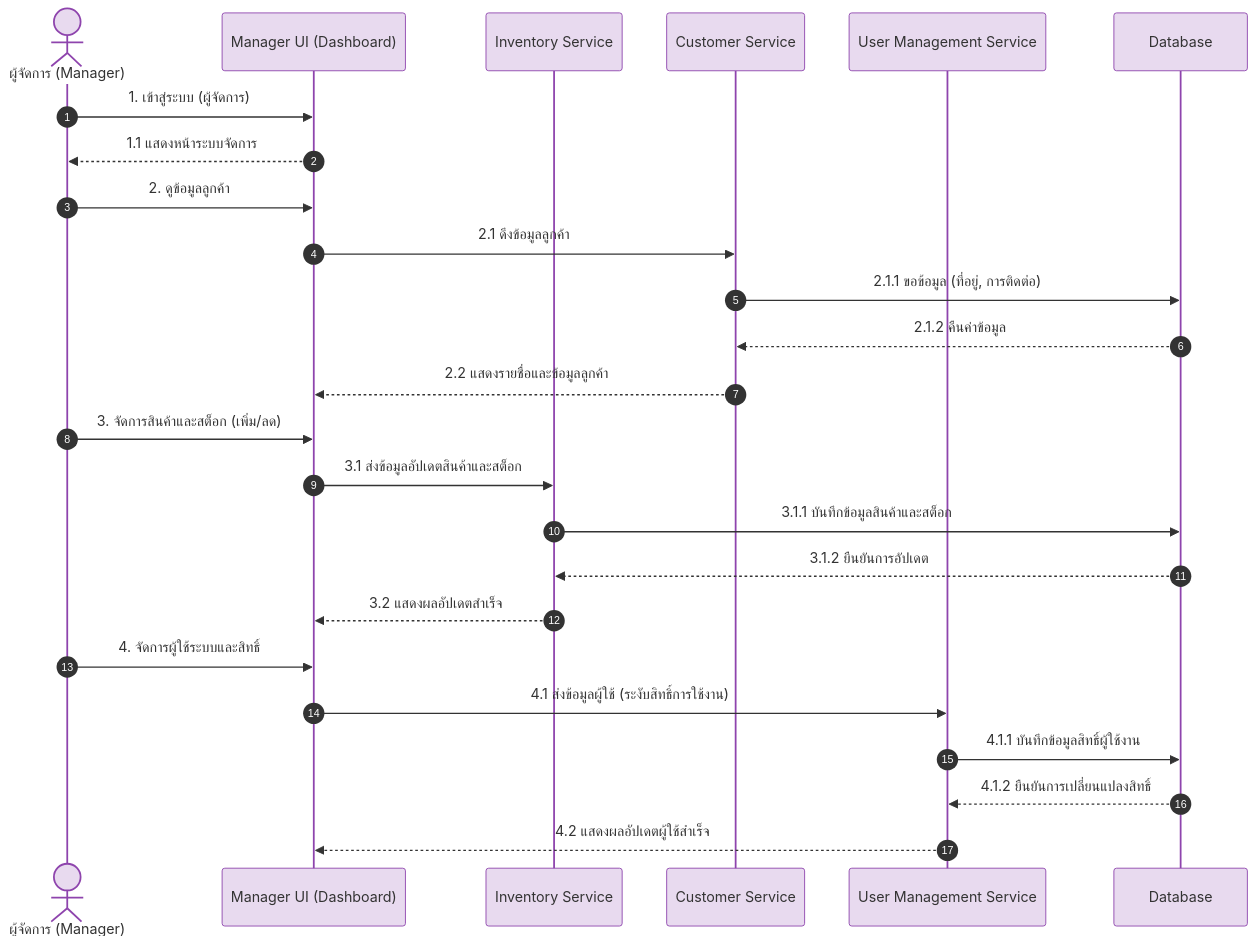
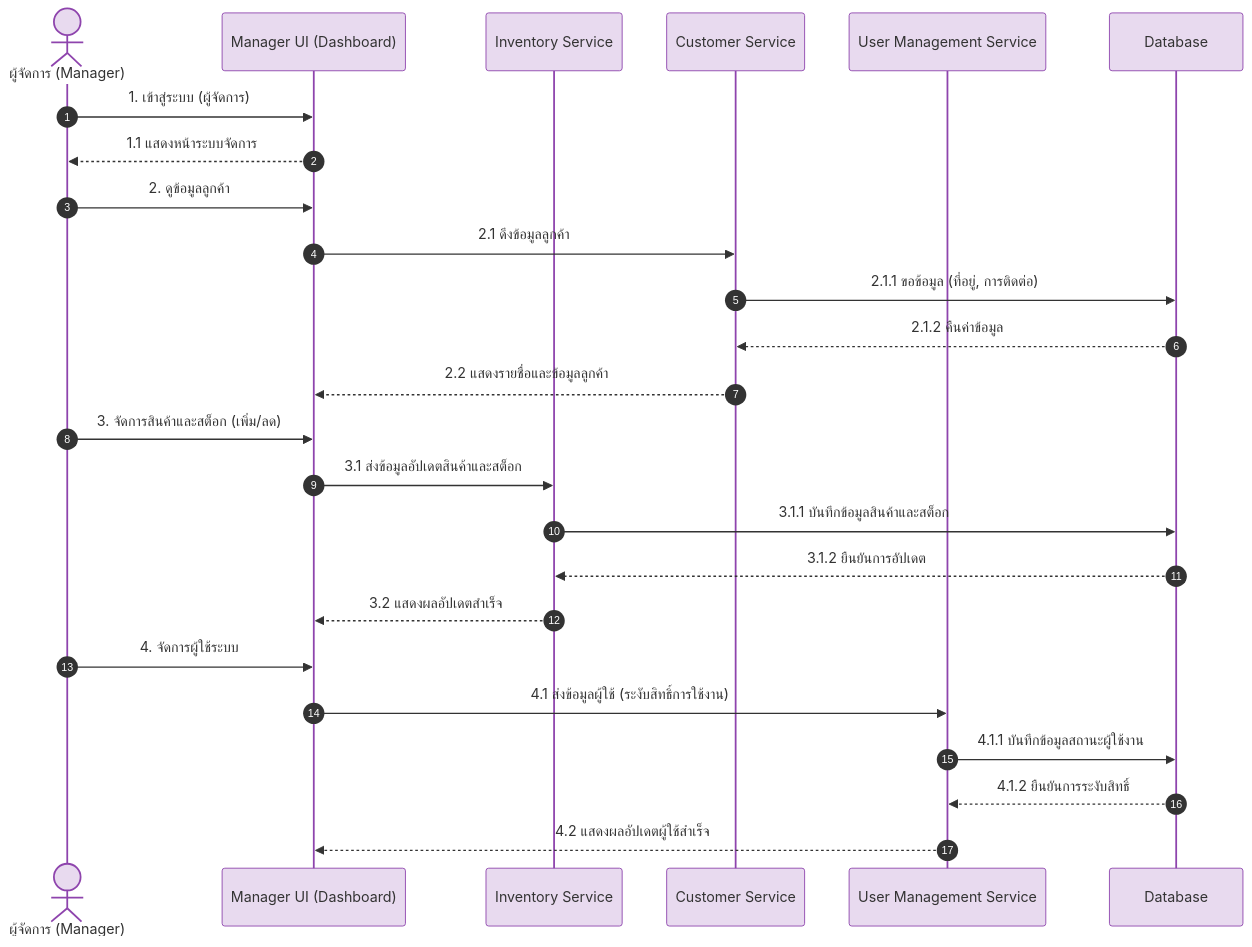
The seventh of 8 diagrams in README.md (ArGusmumumimi/PC-Center-), drawn with Mermaid before and after one commit. The commit also changed other lines of this file, not shown here.

````diff
--- a/README.md
+++ b/README.md
@@ -538,32 +537,32 @@
 ```mermaid
 %%{init: {'theme': 'base', 'themeVariables': {'actorBkg': '#e8daef', 'actorTextColor': '#333', 'actorBorder': '#8e44ad', 'signalColor': '#333', 'signalTextColor': '#333', 'labelBoxBkgColor': '#e8daef', 'labelBoxBorderColor': '#8e44ad', 'labelTextColor': '#333', 'activationBkgColor': '#f4ecf7', 'activationBorderColor': '#8e44ad', 'sequenceNumberColor': '#fff', 'background': '#ffffff'}}}%%
 sequenceDiagram
     autonumber
     actor M as ผู้จัดการ (Manager)
     participant MUI as Manager UI (Dashboard)
     participant INV as Inventory Service
     participant CUST as Customer Service
     participant USR as User Management Service
     participant DB as Database
 
     M->>MUI: 1. เข้าสู่ระบบ (ผู้จัดการ)
     MUI-->>M: 1.1 แสดงหน้าระบบจัดการ
 
     M->>MUI: 2. ดูข้อมูลลูกค้า
     MUI->>CUST: 2.1 ดึงข้อมูลลูกค้า
     CUST->>DB: 2.1.1 ขอข้อมูล (ที่อยู่, การติดต่อ)
     DB-->>CUST: 2.1.2 คืนค่าข้อมูล
     CUST-->>MUI: 2.2 แสดงรายชื่อและข้อมูลลูกค้า
 
     M->>MUI: 3. จัดการสินค้าและสต็อก (เพิ่ม/ลด)
     MUI->>INV: 3.1 ส่งข้อมูลอัปเดตสินค้าและสต็อก
     INV->>DB: 3.1.1 บันทึกข้อมูลสินค้าและสต็อก
     DB-->>INV: 3.1.2 ยืนยันการอัปเดต
     INV-->>MUI: 3.2 แสดงผลอัปเดตสำเร็จ
 
-    M->>MUI: 4. จัดการผู้ใช้ระบบและสิทธิ์
+    M->>MUI: 4. จัดการผู้ใช้ระบบ
     MUI->>USR: 4.1 ส่งข้อมูลผู้ใช้ (ระงับสิทธิ์การใช้งาน)
-    USR->>DB: 4.1.1 บันทึกข้อมูลสิทธิ์ผู้ใช้งาน
-    DB-->>USR: 4.1.2 ยืนยันการเปลี่ยนแปลงสิทธิ์
+    USR->>DB: 4.1.1 บันทึกข้อมูลสถานะผู้ใช้งาน
+    DB-->>USR: 4.1.2 ยืนยันการระงับสิทธิ์
     USR-->>MUI: 4.2 แสดงผลอัปเดตผู้ใช้สำเร็จ
 ```
````
